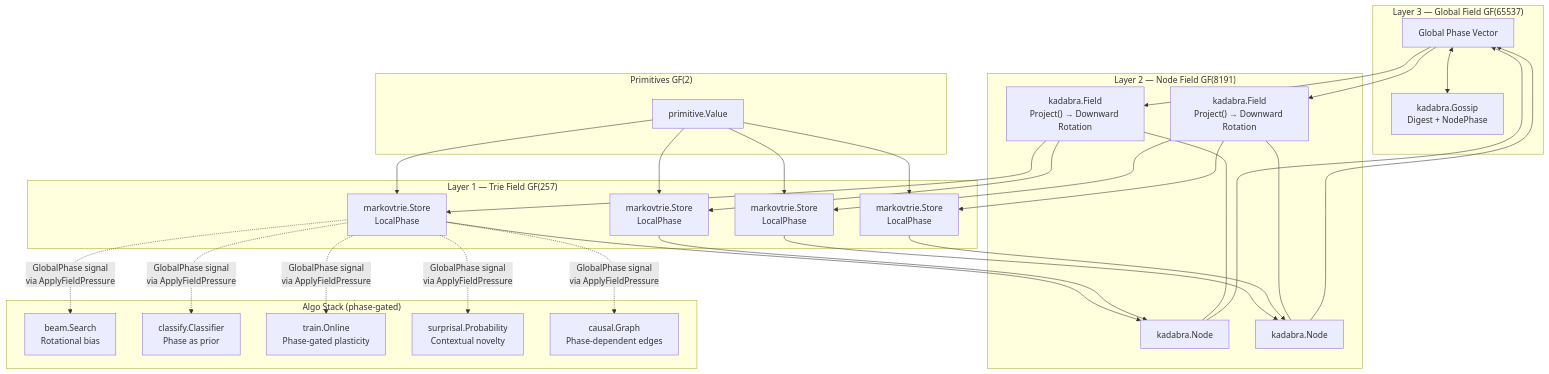
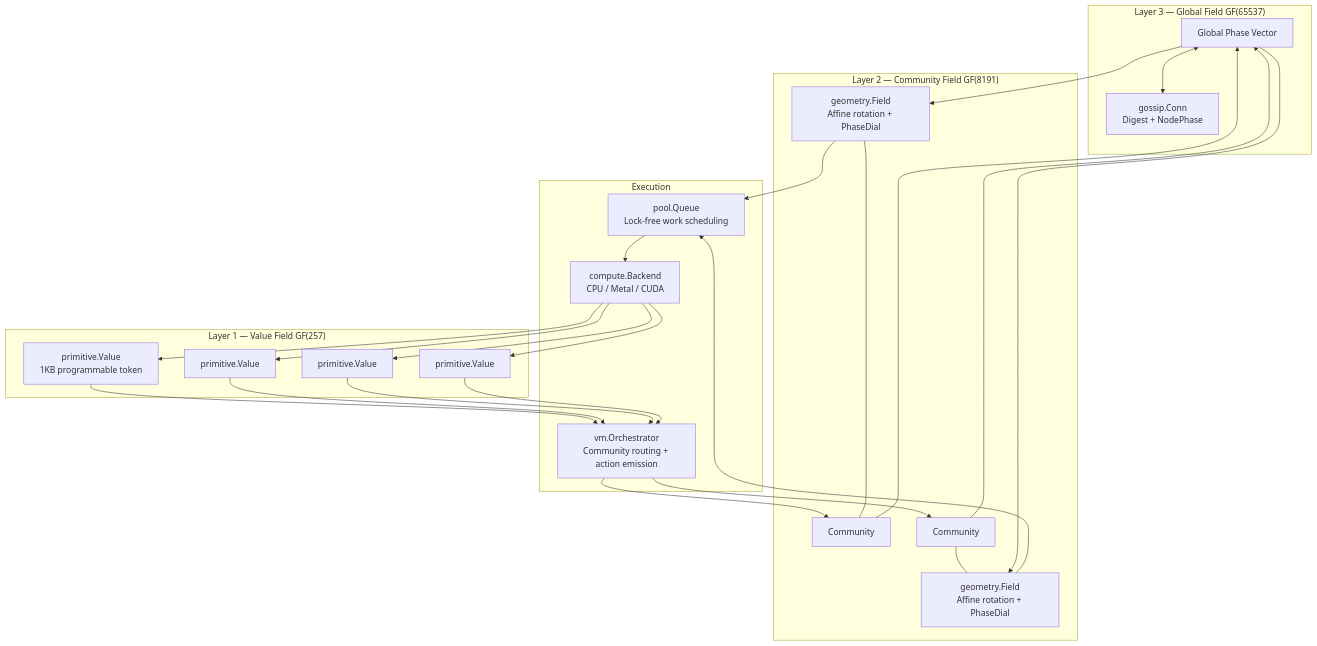
Before and after one commit to TheApeMachine/six: the diagram in README.md, drawn with Mermaid. The commit also changed other lines of this file and 165 other files, not shown here.

````diff
--- a/README.md
+++ b/README.md
@@ -16,64 +16,52 @@
 ```mermaid
 flowchart TD
 
     subgraph "Layer 3 — Global Field GF(65537)"
         GF["Global Phase Vector"]
-        Gossip["kadabra.Gossip<br/>Digest + NodePhase"]
+        Gossip["gossip.Conn<br/>Digest + NodePhase"]
         GF <--> Gossip
     end
 
-    subgraph "Layer 2 — Node Field GF(8191)"
-        N1["kadabra.Node"]
-        N2["kadabra.Node"]
-        F1["kadabra.Field<br/>Project() → Downward Rotation"]
-        F2["kadabra.Field<br/>Project() → Downward Rotation"]
-        N1 --- F1
-        N2 --- F2
+    subgraph "Layer 2 — Community Field GF(8191)"
+        C1["Community"]
+        C2["Community"]
+        F1["geometry.Field<br/>Affine rotation + PhaseDial"]
+        F2["geometry.Field<br/>Affine rotation + PhaseDial"]
+        C1 --- F1
+        C2 --- F2
     end
 
-    subgraph "Layer 1 — Trie Field GF(257)"
-        S1["markovtrie.Store<br/>LocalPhase"]
-        S2["markovtrie.Store<br/>LocalPhase"]
-        S3["markovtrie.Store<br/>LocalPhase"]
-        S4["markovtrie.Store<br/>LocalPhase"]
+    subgraph "Layer 1 — Value Field GF(257)"
+        V1["primitive.Value<br/>1KB programmable token"]
+        V2["primitive.Value"]
+        V3["primitive.Value"]
+        V4["primitive.Value"]
     end
 
-    subgraph "Algo Stack (phase-gated)"
-        Beam["beam.Search<br/>Rotational bias"]
-        Classify["classify.Classifier<br/>Phase as prior"]
-        Train["train.Online<br/>Phase-gated plasticity"]
-        Surprisal["surprisal.Probability<br/>Contextual novelty"]
-        Causal["causal.Graph<br/>Phase-dependent edges"]
+    subgraph "Execution"
+        Q["pool.Queue<br/>Lock-free work scheduling"]
+        B["compute.Backend<br/>CPU / Metal / CUDA"]
+        O["vm.Orchestrator<br/>Community routing + action emission"]
     end
 
-    subgraph "Primitives GF(2)"
-        V["primitive.Value"]
-    end
+    %% Bottom-up: Values settle, orchestrator groups them
+    V1 --> O
+    V2 --> O
+    V3 --> O
+    V4 --> O
+    O --> C1
+    O --> C2
+    C1 --> GF
+    C2 --> GF
 
-    %% Bottom-up
-    V --> S1
-    V --> S2
-    V --> S3
-    V --> S4
-    S1 --> N1
-    S2 --> N1
-    S3 --> N2
-    S4 --> N2
-    N1 --> GF
-    N2 --> GF
-
-    %% Top-down
+    %% Top-down: field pressure drives new computation
     GF --> F1
     GF --> F2
-    F1 --> S1
-    F1 --> S2
-    F2 --> S3
-    F2 --> S4
-
-    %% Algo stack receives phase via ApplyFieldPressure
-    S1 -. "GlobalPhase signal<br/>via ApplyFieldPressure" .-> Beam
-    S1 -. "GlobalPhase signal<br/>via ApplyFieldPressure" .-> Classify
-    S1 -. "GlobalPhase signal<br/>via ApplyFieldPressure" .-> Train
-    S1 -. "GlobalPhase signal<br/>via ApplyFieldPressure" .-> Surprisal
-    S1 -. "GlobalPhase signal<br/>via ApplyFieldPressure" .-> Causal
+    F1 --> Q
+    F2 --> Q
+    Q --> B
+    B --> V1
+    B --> V2
+    B --> V3
+    B --> V4
 ```
````
